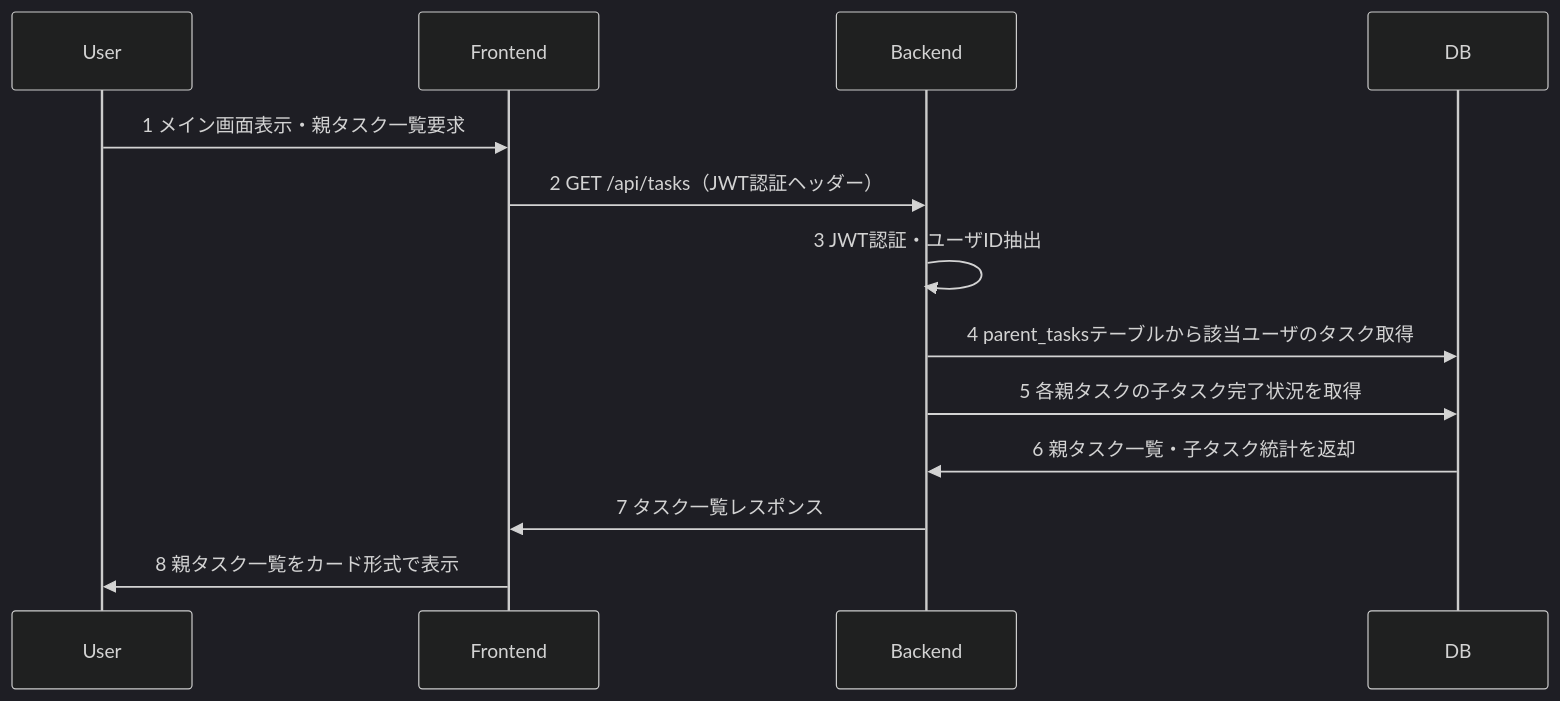
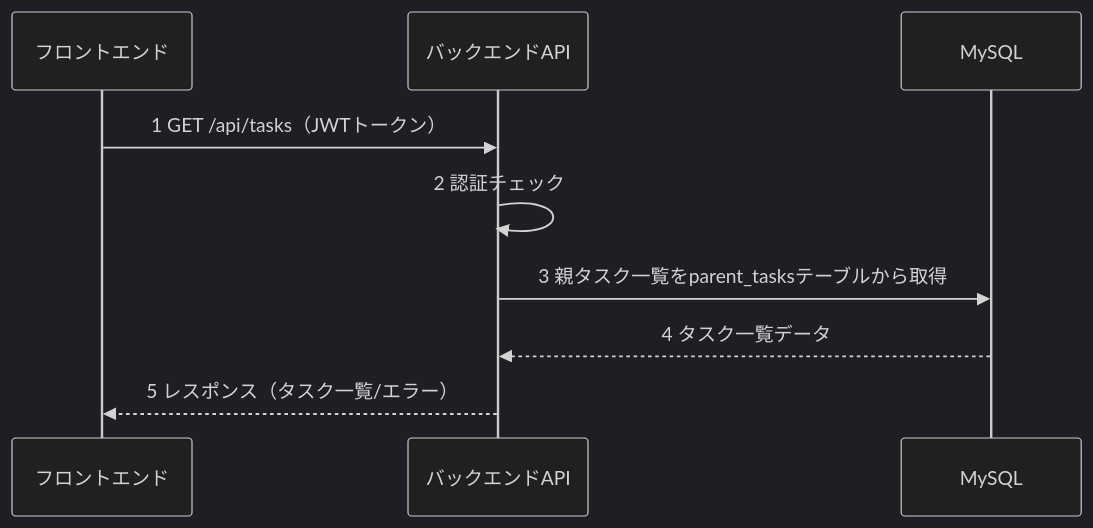
Before and after one commit to HatoriIchigo/C3-cli-full: the first of 2 diagrams in sample/detail/func/親タスク一覧表示.T03.md, drawn with Mermaid (dark theme). The commit also changed other lines of this file and 31 other files, not shown here.

````diff
--- a/sample/detail/func/親タスク一覧表示.T03.md
+++ b/sample/detail/func/親タスク一覧表示.T03.md
@@ -8,16 +8,12 @@
 ```mermaid
 sequenceDiagram
-    participant User
-    participant Frontend
-    participant Backend
-    participant DB
+    participant UI as フロントエンド
+    participant API as バックエンドAPI
+    participant DB as MySQL
 
-    User->>Frontend: 1 メイン画面表示・親タスク一覧要求
-    Frontend->>Backend: 2 GET /api/tasks（JWT認証ヘッダー）
-    Backend->>Backend: 3 JWT認証・ユーザID抽出
-    Backend->>DB: 4 parent_tasksテーブルから該当ユーザのタスク取得
-    Backend->>DB: 5 各親タスクの子タスク完了状況を取得
-    DB->>Backend: 6 親タスク一覧・子タスク統計を返却
-    Backend->>Frontend: 7 タスク一覧レスポンス
-    Frontend->>User: 8 親タスク一覧をカード形式で表示
+    UI->>API: 1 GET /api/tasks（JWTトークン）
+    API->>API: 2 認証チェック
+    API->>DB: 3 親タスク一覧をparent_tasksテーブルから取得
+    DB-->>API: 4 タスク一覧データ
+    API-->>UI: 5 レスポンス（タスク一覧/エラー）
 ```
````
